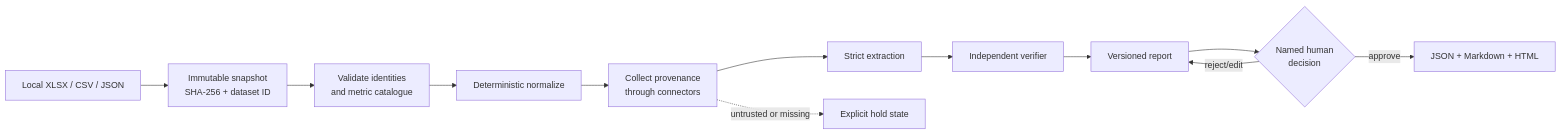
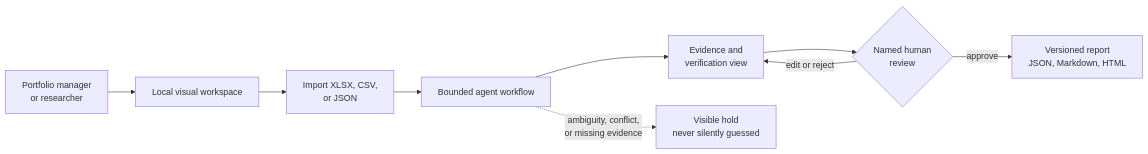
Before and after one commit to fayeeniu/dissertation-agentic-portfolio-monitoring: the first of 6 diagrams in README.md, drawn with Mermaid. The commit also changed other lines of this file and 110 other files, not shown here.

````diff
--- a/README.md
+++ b/README.md
@@ -22,14 +19,11 @@
 ```mermaid
 flowchart LR
-    A[Local XLSX / CSV / JSON] --> B[Immutable snapshot<br/>SHA-256 + dataset ID]
-    B --> C[Validate identities<br/>and metric catalogue]
-    C --> D[Deterministic normalize]
-    D --> E[Collect provenance<br/>through connectors]
-    E --> F[Strict extraction]
-    F --> G[Independent verifier]
-    G --> H[Versioned report]
-    H --> I{Named human<br/>decision}
-    I -- approve --> J[JSON + Markdown + HTML]
-    I -- reject/edit --> H
-    E -. untrusted or missing .-> K[Explicit hold state]
+    U[Portfolio manager<br/>or researcher] --> UI[Local visual workspace]
+    UI --> I[Import XLSX, CSV,<br/>or JSON]
+    I --> A[Bounded agent workflow]
+    A --> V[Evidence and<br/>verification view]
+    V --> H{Named human<br/>review}
+    H -- approve --> R[Versioned report<br/>JSON, Markdown, HTML]
+    H -- edit or reject --> V
+    A -. ambiguity, conflict,<br/>or missing evidence .-> X[Visible hold<br/>never silently guessed]
 ```
````
